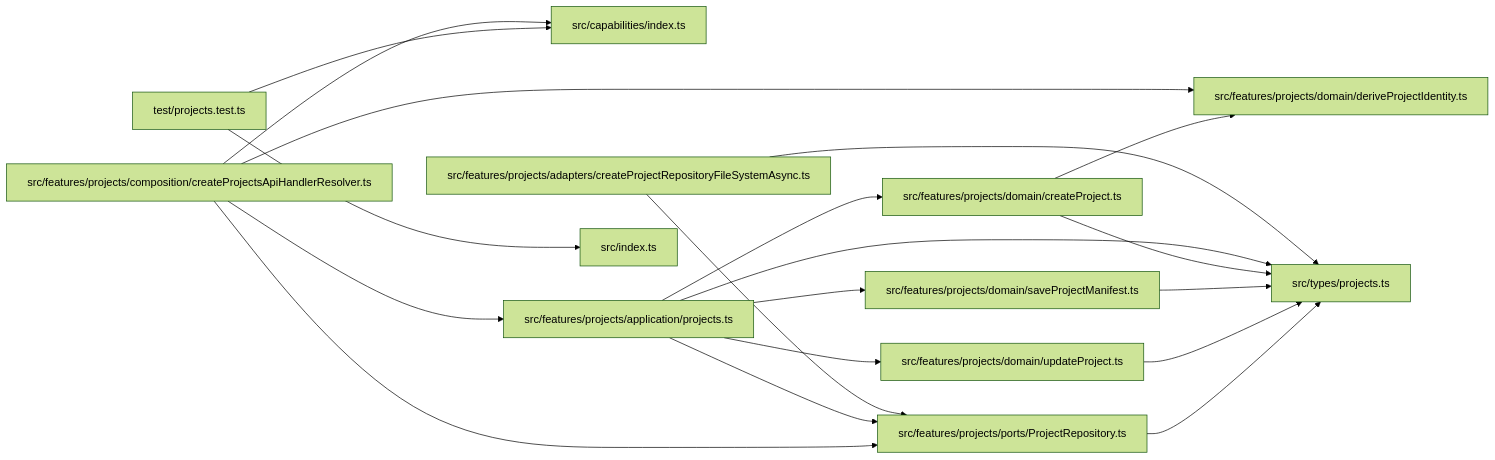
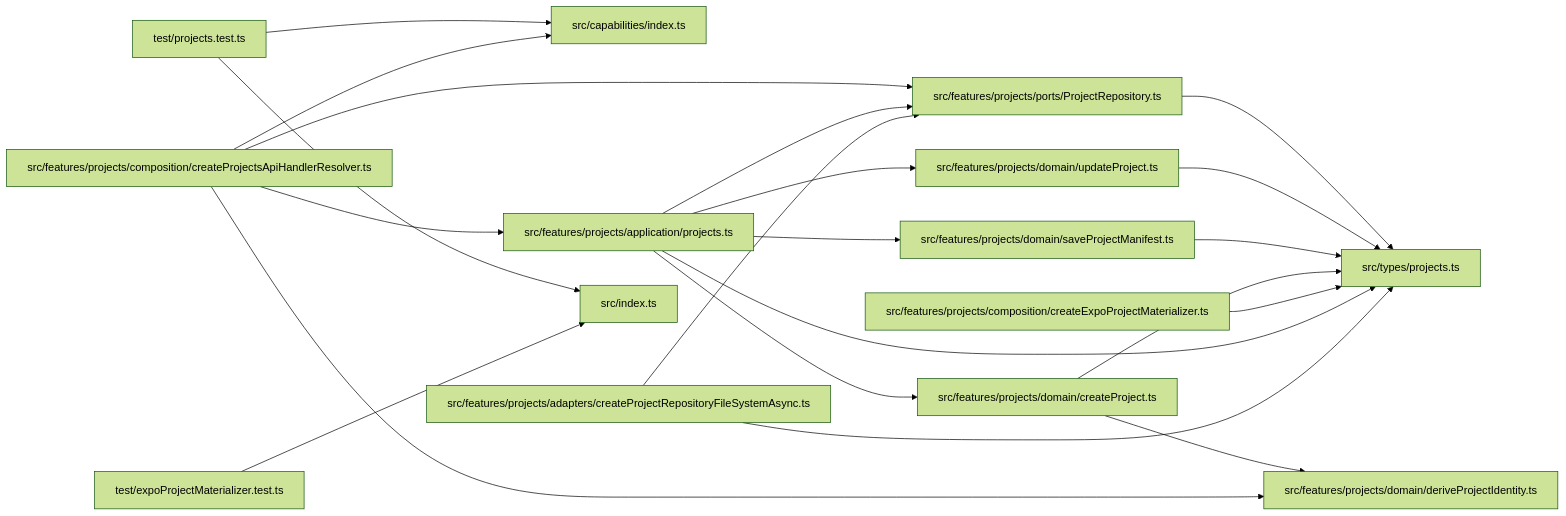
One commit to ankhorage/projects changed the diagram in paradox/diagrams/module-relationships.mmd. Above: the diagram before and after it, drawn with Mermaid (forest theme). The commit also changed 12 other files, not shown here.

```diff
--- a/paradox/diagrams/module-relationships.mmd
+++ b/paradox/diagrams/module-relationships.mmd
@@ -1,31 +1,35 @@
 graph LR
   module_src_capabilities_index_ts["src/capabilities/index.ts"]
   module_src_features_projects_adapters_createProjectRepositoryFileSystemAsync_ts["src/features/projects/adapters/createProjectRepositoryFileSystemAsync.ts"]
   module_src_features_projects_application_projects_ts["src/features/projects/application/projects.ts"]
+  module_src_features_projects_composition_createExpoProjectMaterializer_ts["src/features/projects/composition/createExpoProjectMaterializer.ts"]
   module_src_features_projects_composition_createProjectsApiHandlerResolver_ts["src/features/projects/composition/createProjectsApiHandlerResolver.ts"]
   module_src_features_projects_domain_createProject_ts["src/features/projects/domain/createProject.ts"]
   module_src_features_projects_domain_deriveProjectIdentity_ts["src/features/projects/domain/deriveProjectIdentity.ts"]
   module_src_features_projects_domain_saveProjectManifest_ts["src/features/projects/domain/saveProjectManifest.ts"]
   module_src_features_projects_domain_updateProject_ts["src/features/projects/domain/updateProject.ts"]
   module_src_features_projects_ports_ProjectRepository_ts["src/features/projects/ports/ProjectRepository.ts"]
   module_src_index_ts["src/index.ts"]
   module_src_types_projects_ts["src/types/projects.ts"]
+  module_test_expoProjectMaterializer_test_ts["test/expoProjectMaterializer.test.ts"]
   module_test_projects_test_ts["test/projects.test.ts"]
   module_src_features_projects_adapters_createProjectRepositoryFileSystemAsync_ts --> module_src_features_projects_ports_ProjectRepository_ts
   module_src_features_projects_adapters_createProjectRepositoryFileSystemAsync_ts --> module_src_types_projects_ts
   module_src_features_projects_application_projects_ts --> module_src_features_projects_domain_createProject_ts
   module_src_features_projects_application_projects_ts --> module_src_features_projects_domain_saveProjectManifest_ts
   module_src_features_projects_application_projects_ts --> module_src_features_projects_domain_updateProject_ts
   module_src_features_projects_application_projects_ts --> module_src_features_projects_ports_ProjectRepository_ts
   module_src_features_projects_application_projects_ts --> module_src_types_projects_ts
+  module_src_features_projects_composition_createExpoProjectMaterializer_ts --> module_src_types_projects_ts
   module_src_features_projects_composition_createProjectsApiHandlerResolver_ts --> module_src_capabilities_index_ts
   module_src_features_projects_composition_createProjectsApiHandlerResolver_ts --> module_src_features_projects_application_projects_ts
   module_src_features_projects_composition_createProjectsApiHandlerResolver_ts --> module_src_features_projects_domain_deriveProjectIdentity_ts
   module_src_features_projects_composition_createProjectsApiHandlerResolver_ts --> module_src_features_projects_ports_ProjectRepository_ts
   module_src_features_projects_domain_createProject_ts --> module_src_features_projects_domain_deriveProjectIdentity_ts
   module_src_features_projects_domain_createProject_ts --> module_src_types_projects_ts
   module_src_features_projects_domain_saveProjectManifest_ts --> module_src_types_projects_ts
   module_src_features_projects_domain_updateProject_ts --> module_src_types_projects_ts
   module_src_features_projects_ports_ProjectRepository_ts --> module_src_types_projects_ts
+  module_test_expoProjectMaterializer_test_ts --> module_src_index_ts
   module_test_projects_test_ts --> module_src_capabilities_index_ts
   module_test_projects_test_ts --> module_src_index_ts
```
